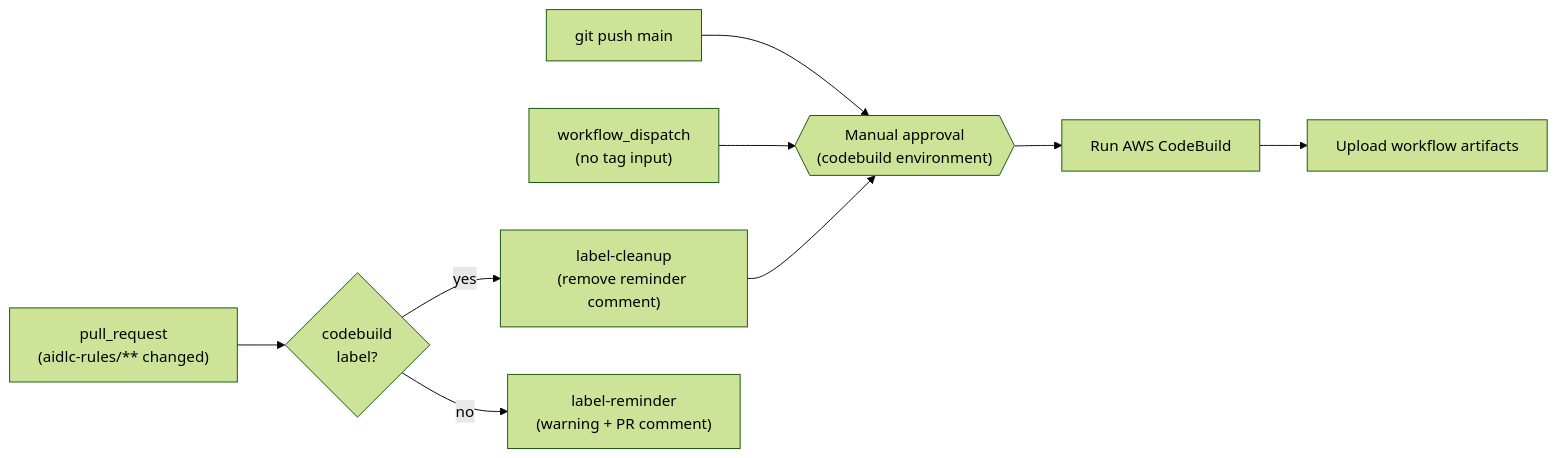
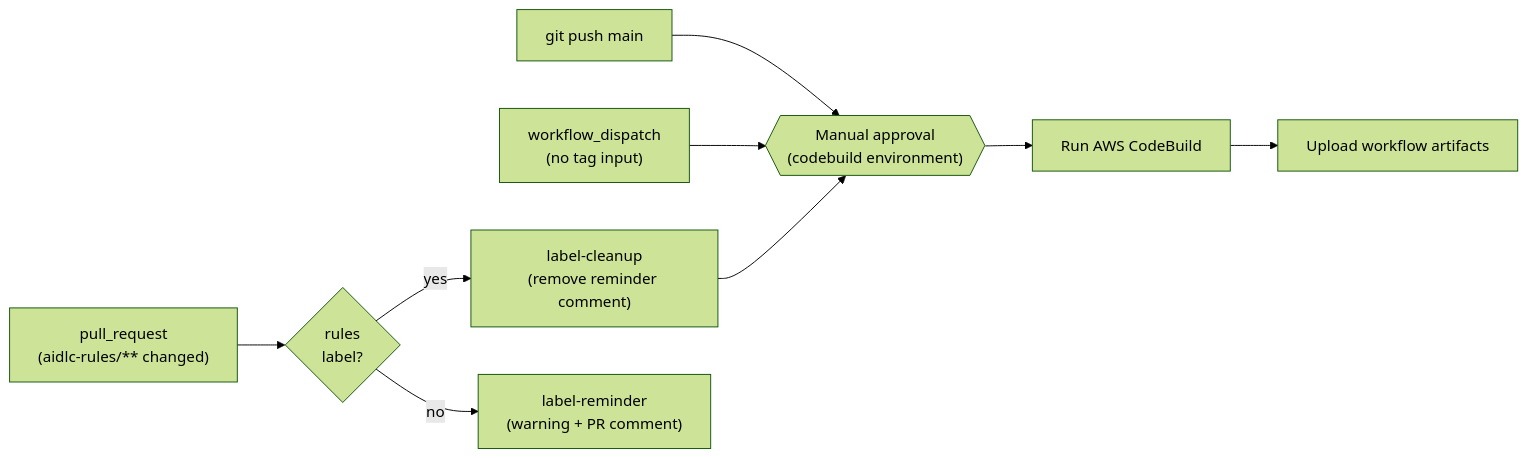
One commit to junsjang/aidlc-workflows changed the second of 3 diagrams in docs/ADMINISTRATIVE_GUIDE.md. Above: the diagram before and after it, drawn with Mermaid (forest theme). The commit also changed other lines of this file and 3 other files, not shown here.

First line of the commit message:
feat: auto-label PRs touching aidlc-rules/ with codebuild label (#158)

````diff
--- a/docs/ADMINISTRATIVE_GUIDE.md
+++ b/docs/ADMINISTRATIVE_GUIDE.md
@@ -115,11 +116,11 @@
 ```mermaid
 flowchart LR
     A["git push main"] --> B{{"Manual approval\n(codebuild environment)"}}
     C["workflow_dispatch\n(no tag input)"] --> B
-    D["pull_request\n(aidlc-rules/** changed)"] --> E{"codebuild\nlabel?"}
+    D["pull_request\n(aidlc-rules/** changed)"] --> E{"rules\nlabel?"}
     E -->|yes| F["label-cleanup\n(remove reminder comment)"]
     F --> B
     E -->|no| I["label-reminder\n(warning + PR comment)"]
     B --> G["Run AWS CodeBuild"]
     G --> H["Upload workflow artifacts"]
 ```
````
